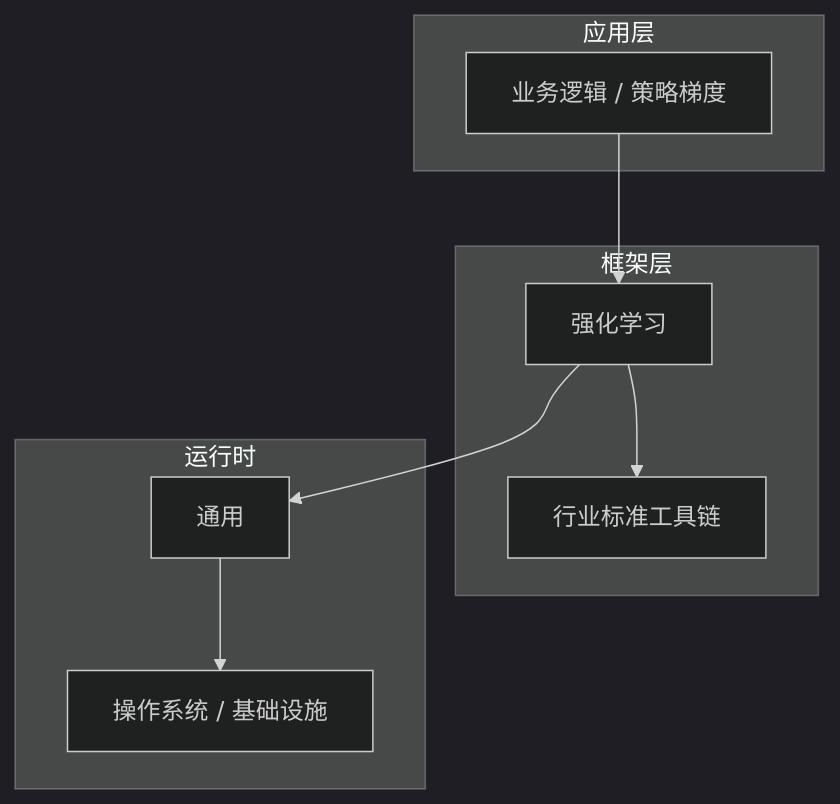
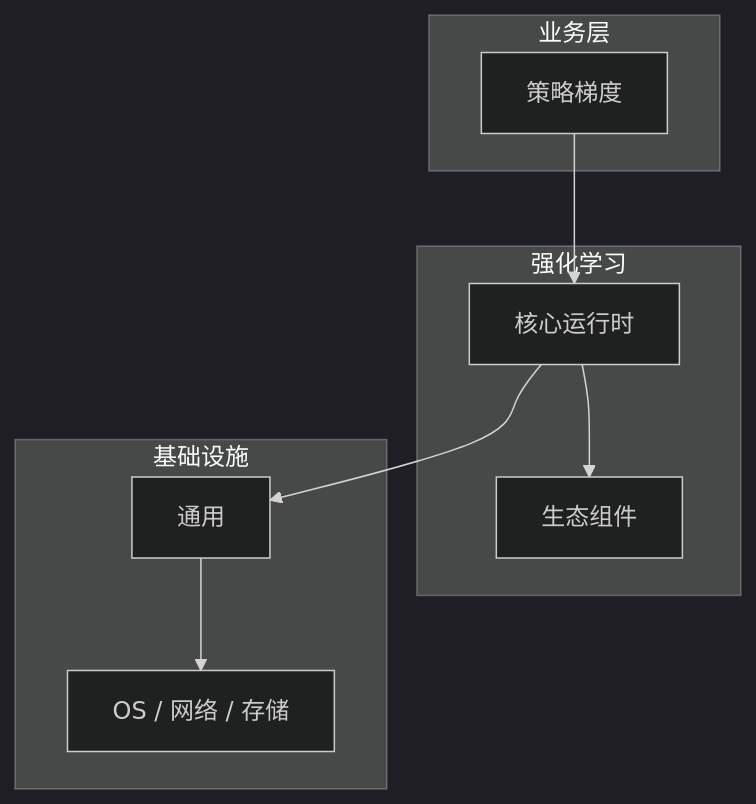
The diagram in articles/强化学习/chapters/026-策略梯度核心概念与原理.md (yanggan2015/knowledge-json-v2), drawn with Mermaid (dark theme) before and after one commit. The commit also changed other lines of this file and 10127 other files, not shown here.

````diff
--- a/articles/强化学习/chapters/026-策略梯度核心概念与原理.md
+++ b/articles/强化学习/chapters/026-策略梯度核心概念与原理.md
@@ -45,18 +30,18 @@
 ```mermaid
 graph TB
-    subgraph 应用层
-        A[业务逻辑 / 策略梯度]
+    subgraph 业务层
+        A[策略梯度]
     end
-    subgraph 框架层
-        B[强化学习]
-        C[行业标准工具链]
+    subgraph 强化学习
+        B[核心运行时]
+        C[生态组件]
     end
-    subgraph 运行时
+    subgraph 基础设施
         D[通用]
-        E[操作系统 / 基础设施]
+        E[OS / 网络 / 存储]
     end
     A --> B
     B --> C
     B --> D
     D --> E
 ```
````
